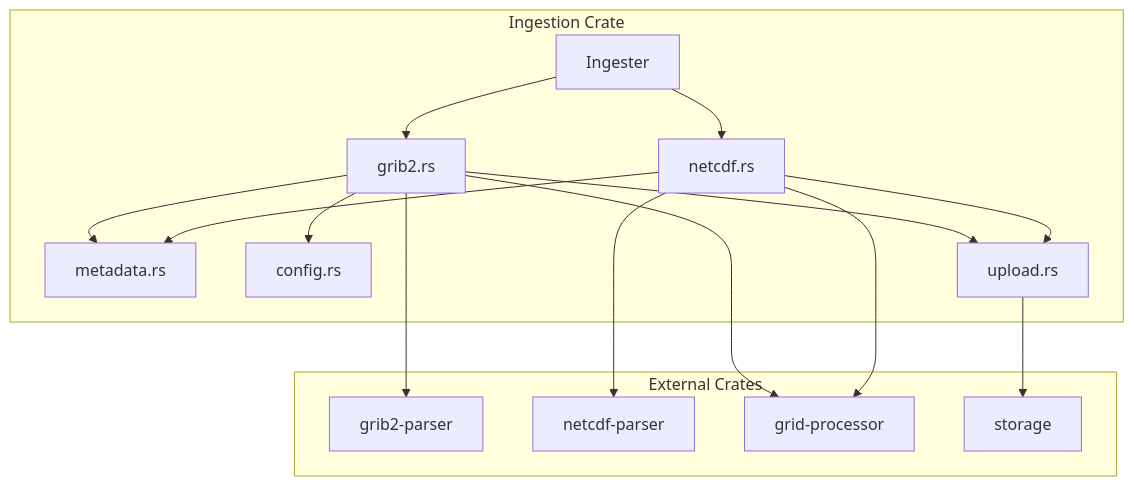
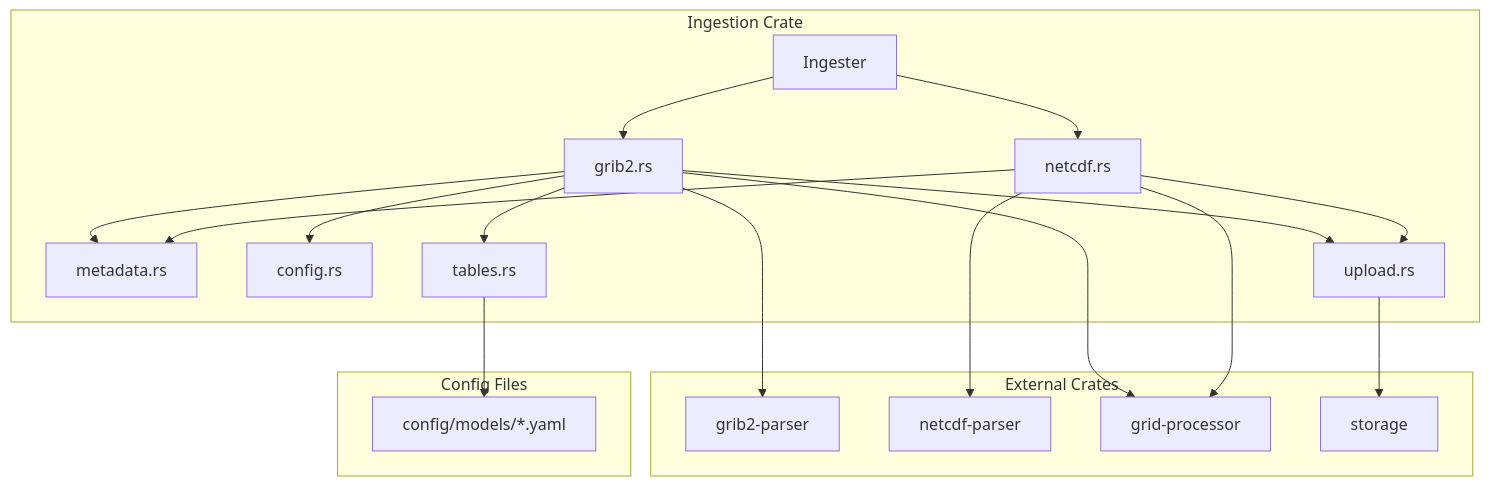
One commit to JoegottabeGitenme/JoeGCServices changed the diagram in docs/src/crates/ingestion.md. Above: the diagram before and after it, drawn with Mermaid. The commit also changed other lines of this file and 26 other files, not shown here.

Commit message:
no more hardcoded grib params added param number to config param numbers loaded from config updated docs

````diff
--- a/docs/src/crates/ingestion.md
+++ b/docs/src/crates/ingestion.md
@@ -13,32 +13,39 @@
 ```mermaid
 graph TB
     subgraph "Ingestion Crate"
         Ingester["Ingester"]
         GRIB["grib2.rs"]
         NetCDF["netcdf.rs"]
         Metadata["metadata.rs"]
         Config["config.rs"]
+        Tables["tables.rs"]
         Upload["upload.rs"]
     end
     
     subgraph "External Crates"
         GP[grib2-parser]
         NP[netcdf-parser]
         GridProc[grid-processor]
         Storage[storage]
     end
     
+    subgraph "Config Files"
+        YAML["config/models/*.yaml"]
+    end
+    
     Ingester --> GRIB
     Ingester --> NetCDF
     GRIB --> Metadata
     GRIB --> Config
+    GRIB --> Tables
     NetCDF --> Metadata
+    Tables --> YAML
     
     GRIB --> GP
     NetCDF --> NP
     GRIB --> GridProc
     NetCDF --> GridProc
     GRIB --> Upload
     NetCDF --> Upload
     Upload --> Storage
 ```
````
